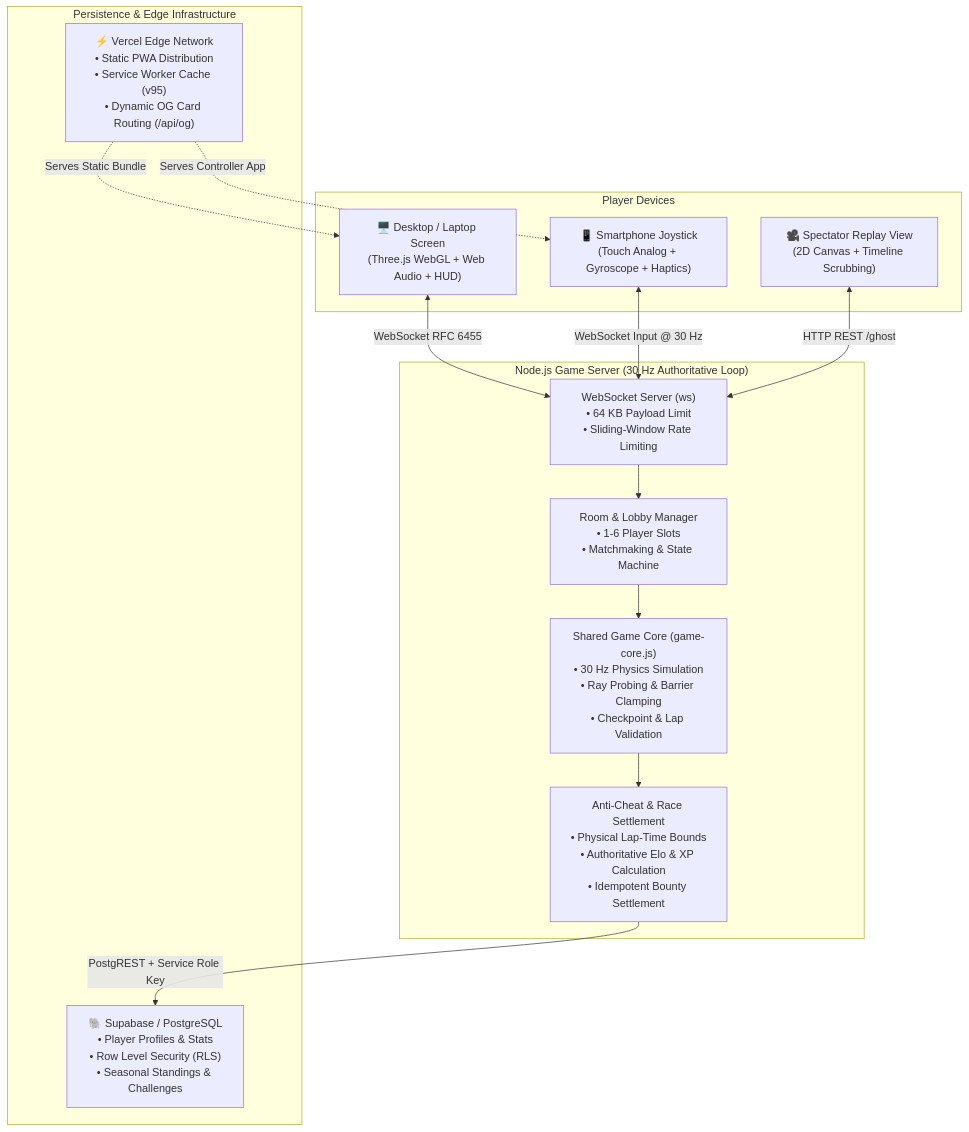
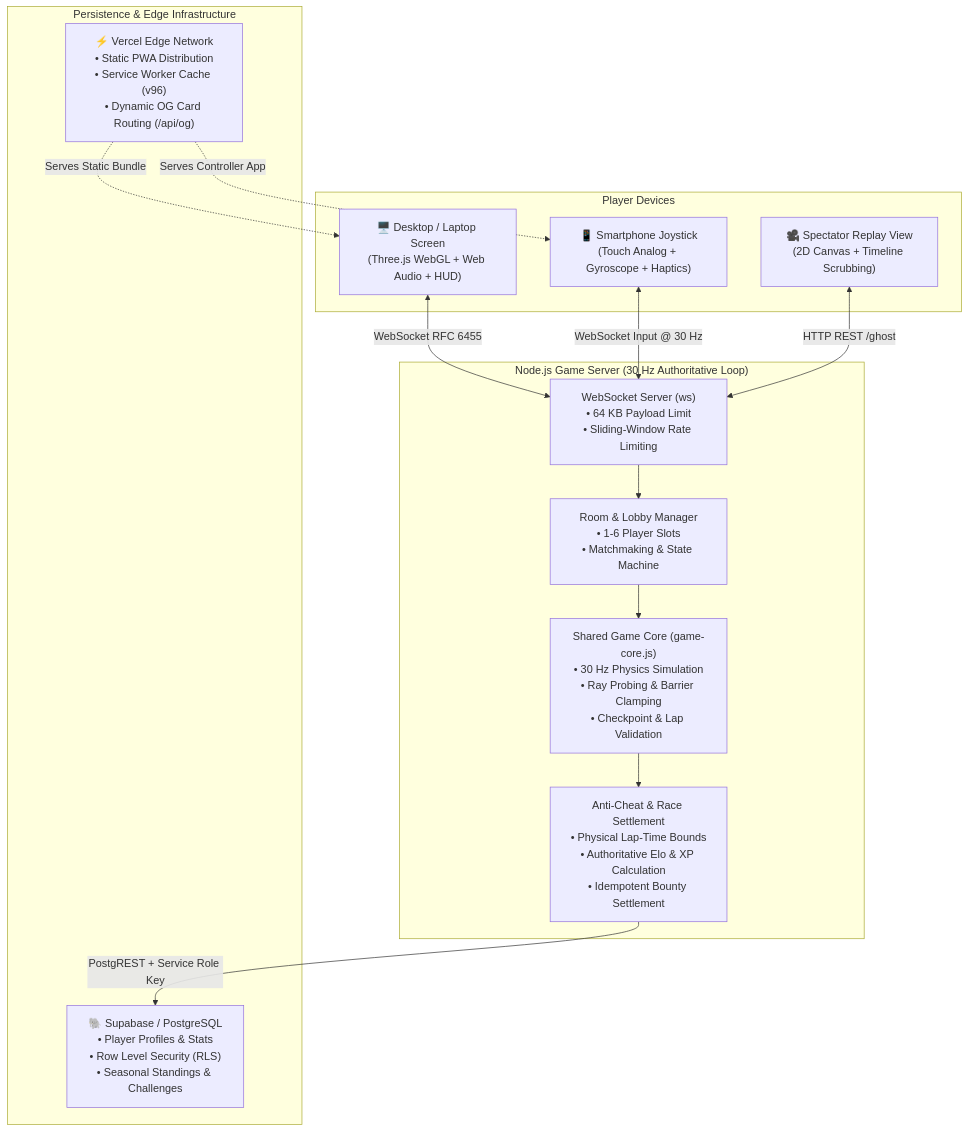
Before and after one commit to yathamsridharreddy/MULTIPLAYER-CAR-GAME: the diagram in README.md, drawn with Mermaid. The commit also changed other lines of this file and 8 other files, not shown here.

````diff
--- a/README.md
+++ b/README.md
@@ -102,30 +102,30 @@
 ```mermaid
 flowchart TD
     subgraph Clients["Player Devices"]
         Desktop["🖥️ Desktop / Laptop Screen<br/>(Three.js WebGL + Web Audio + HUD)"]
         Phone["📱 Smartphone Joystick<br/>(Touch Analog + Gyroscope + Haptics)"]
         Replay["🎥 Spectator Replay View<br/>(2D Canvas + Timeline Scrubbing)"]
     end
 
     subgraph Server["Node.js Game Server (30 Hz Authoritative Loop)"]
         WS["WebSocket Server (ws)<br/>• 64 KB Payload Limit<br/>• Sliding-Window Rate Limiting"]
         RoomMgr["Room & Lobby Manager<br/>• 1-6 Player Slots<br/>• Matchmaking & State Machine"]
         Physics["Shared Game Core (game-core.js)<br/>• 30 Hz Physics Simulation<br/>• Ray Probing & Barrier Clamping<br/>• Checkpoint & Lap Validation"]
         AntiCheat["Anti-Cheat & Race Settlement<br/>• Physical Lap-Time Bounds<br/>• Authoritative Elo & XP Calculation<br/>• Idempotent Bounty Settlement"]
     end
 
     subgraph Storage["Persistence & Edge Infrastructure"]
         Supabase["🐘 Supabase / PostgreSQL<br/>• Player Profiles & Stats<br/>• Row Level Security (RLS)<br/>• Seasonal Standings & Challenges"]
-        Vercel["⚡ Vercel Edge Network<br/>• Static PWA Distribution<br/>• Service Worker Cache (v95)<br/>• Dynamic OG Card Routing (/api/og)"]
+        Vercel["⚡ Vercel Edge Network<br/>• Static PWA Distribution<br/>• Service Worker Cache (v96)<br/>• Dynamic OG Card Routing (/api/og)"]
     end
 
     Desktop <-->|WebSocket RFC 6455| WS
     Phone <-->|WebSocket Input @ 30 Hz| WS
     Replay <-->|HTTP REST /ghost| WS
     WS --> RoomMgr
     RoomMgr --> Physics
     Physics --> AntiCheat
     AntiCheat -->|PostgREST + Service Role Key| Supabase
     Vercel -.->|Serves Static Bundle| Desktop
     Vercel -.->|Serves Controller App| Phone
 ```
````
